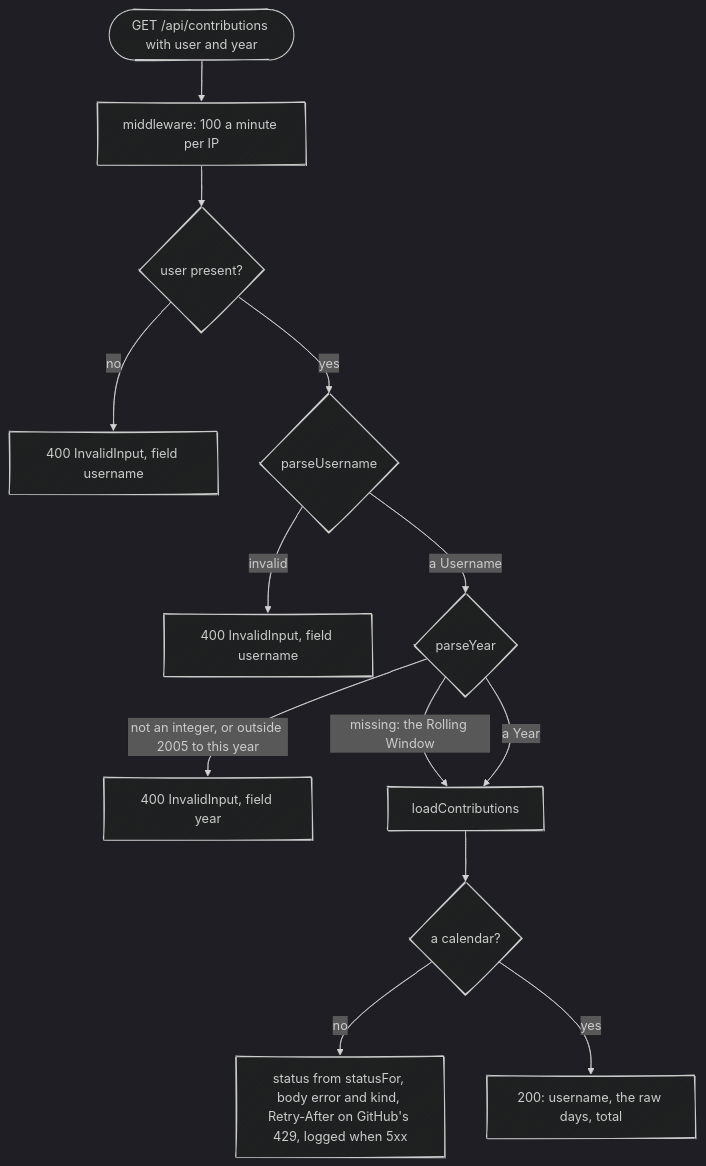
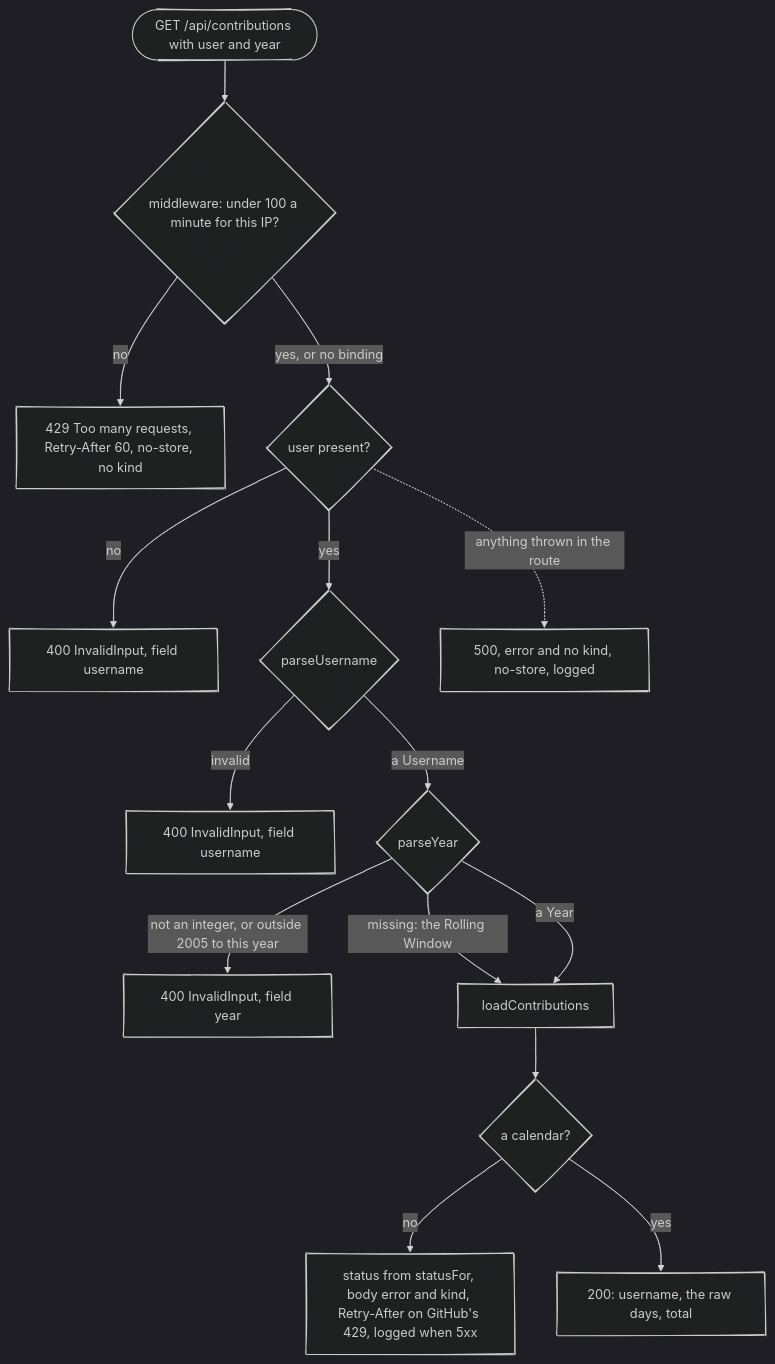
One commit to fbuireu/contribKit changed the fifth of 7 diagrams in docs/wiki/How-It-Works.md. Above: the diagram before and after it, drawn with Mermaid (dark theme). The commit also changed other lines of this file and 8 other files, not shown here.

First line of the commit message:
docs: draw the layer map, CI, hook, middleware and cache diagrams as the code has them

````diff
--- a/docs/wiki/How-It-Works.md
+++ b/docs/wiki/How-It-Works.md
@@ -176,20 +176,22 @@
 ```mermaid
 ---
 config:
   look: handDrawn
   layout: dagre
 ---
 flowchart TD
-    request(["GET /api/contributions with user and year"]) --> limit["middleware: 100 a minute per IP"]
-    limit --> user{"user present?"}
+    request(["GET /api/contributions with user and year"]) --> limit{"middleware: under 100 a minute for this IP?"}
+    limit -->|"no"| refused["429 Too many requests, Retry-After 60, no-store, no kind"]
+    limit -->|"yes, or no binding"| user{"user present?"}
     user -->|"no"| missing["400 InvalidInput, field username"]
     user -->|"yes"| username{"parseUsername"}
     username -->|"invalid"| badUser["400 InvalidInput, field username"]
     username -->|"a Username"| year{"parseYear"}
     year -->|"not an integer, or outside 2005 to this year"| badYear["400 InvalidInput, field year"]
     year -->|"missing: the Rolling Window"| fetch["loadContributions"]
     year -->|"a Year"| fetch
     fetch --> ok{"a calendar?"}
     ok -->|"no"| failed["status from statusFor, body error and kind, Retry-After on GitHub's 429, logged when 5xx"]
     ok -->|"yes"| answer["200: username, the raw days, total"]
+    user -. "anything thrown in the route" .-> boom["500, error and no kind, no-store, logged"]
 ```
````
